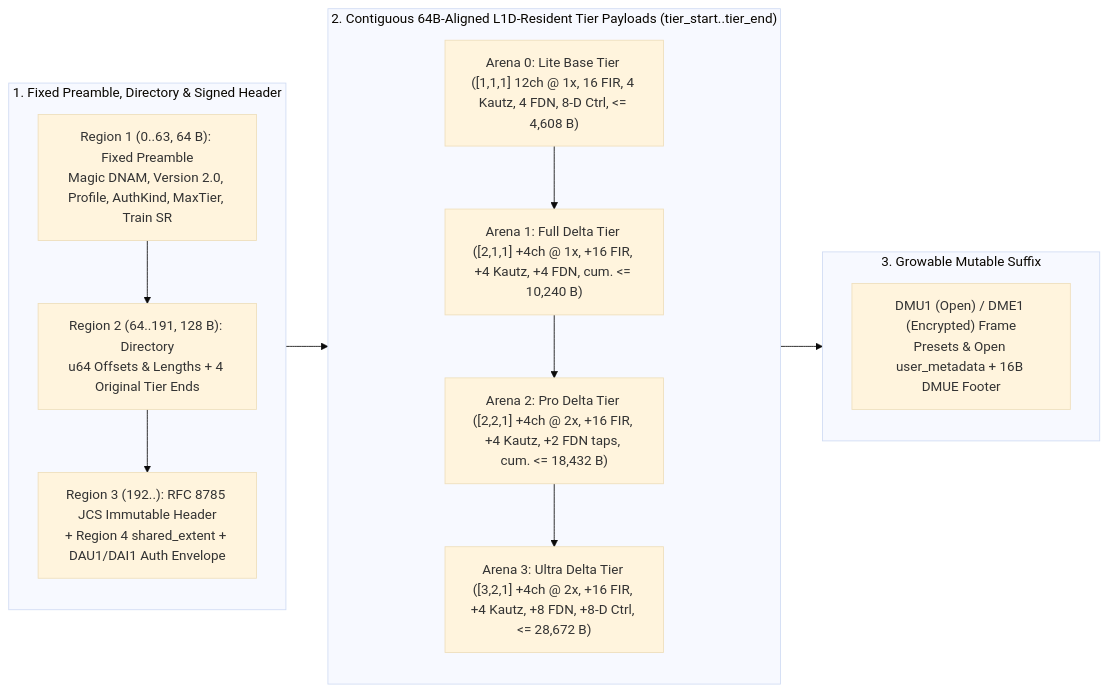
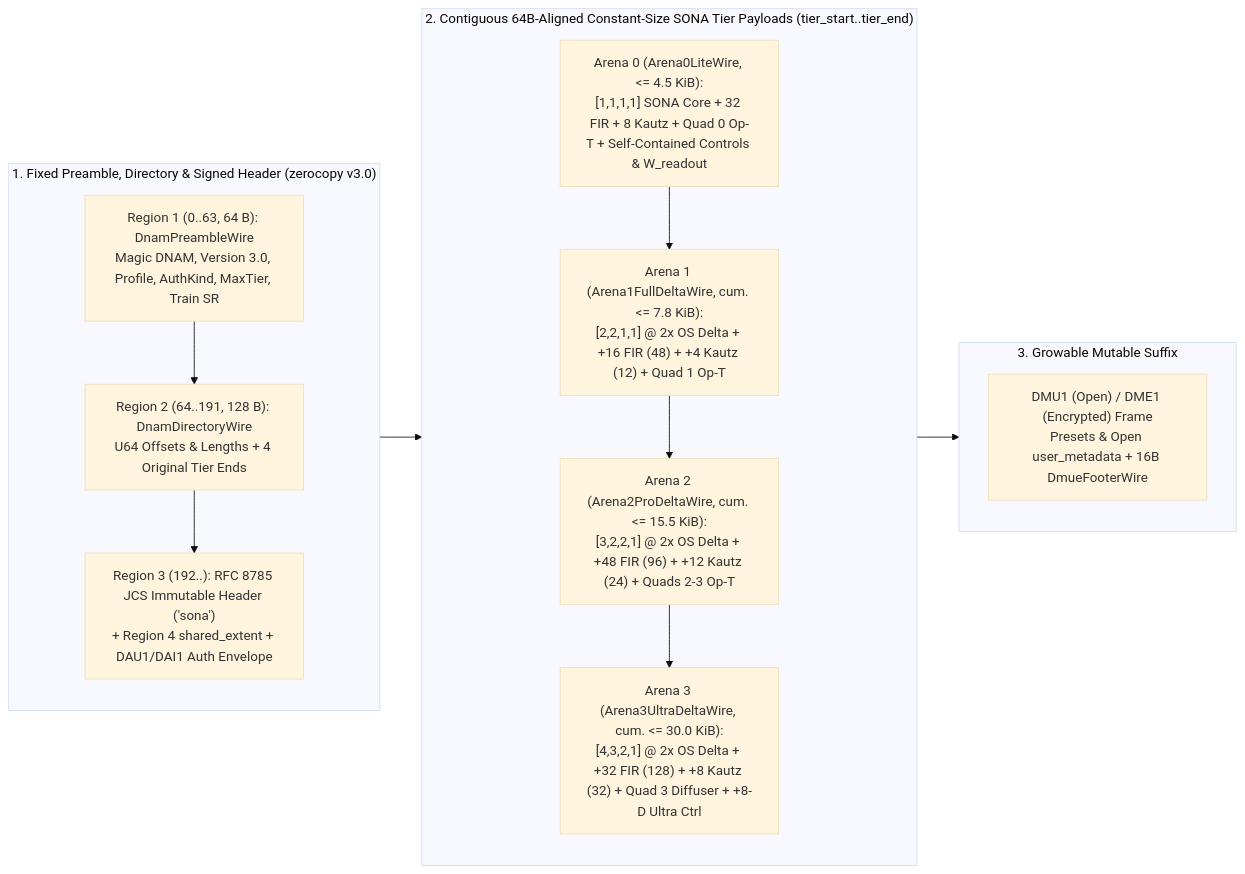
One commit to mokugen/dnam changed the diagram in docs/specs/containers/dnam_binary_format.md. Above: the diagram before and after it, drawn with Mermaid (base theme). The commit also changed other lines of this file and 99 other files, not shown here.

Commit message:
docs(specs): cut over canonical architecture and v3.0 specs to SONA + WebGPU

````diff
--- a/docs/specs/containers/dnam_binary_format.md
+++ b/docs/specs/containers/dnam_binary_format.md
@@ -35,25 +36,25 @@
 ```mermaid
 flowchart LR
-    subgraph Header ["1. Fixed Preamble, Directory & Signed Header"]
+    subgraph Header ["1. Fixed Preamble, Directory & Signed Header (zerocopy v3.0)"]
         direction TB
-        P["Region 1 (0..63, 64 B): Fixed Preamble<br/>Magic DNAM, Version 2.0, Profile, AuthKind, MaxTier, Train SR"]
-        D["Region 2 (64..191, 128 B): Directory<br/>u64 Offsets & Lengths + 4 Original Tier Ends"]
-        H["Region 3 (192..): RFC 8785 JCS Immutable Header<br/>+ Region 4 shared_extent + DAU1/DAI1 Auth Envelope"]
+        P["Region 1 (0..63, 64 B): DnamPreambleWire<br/>Magic DNAM, Version 3.0, Profile, AuthKind, MaxTier, Train SR"]
+        D["Region 2 (64..191, 128 B): DnamDirectoryWire<br/>U64 Offsets & Lengths + 4 Original Tier Ends"]
+        H["Region 3 (192..): RFC 8785 JCS Immutable Header ('sona')<br/>+ Region 4 shared_extent + DAU1/DAI1 Auth Envelope"]
         P --> D --> H
     end
 
-    subgraph Arenas ["2. Contiguous 64B-Aligned L1D-Resident Tier Payloads (tier_start..tier_end)"]
+    subgraph Arenas ["2. Contiguous 64B-Aligned Constant-Size SONA Tier Payloads (tier_start..tier_end)"]
         direction TB
-        A0["Arena 0: Lite Base Tier ([1,1,1] 12ch @ 1x, 16 FIR, 4 Kautz, 4 FDN, 8-D Ctrl, <= 4,608 B)"]
-        A1["Arena 1: Full Delta Tier ([2,1,1] +4ch @ 1x, +16 FIR, +4 Kautz, +4 FDN, cum. <= 10,240 B)"]
-        A2["Arena 2: Pro Delta Tier ([2,2,1] +4ch @ 2x, +16 FIR, +4 Kautz, +2 FDN taps, cum. <= 18,432 B)"]
-        A3["Arena 3: Ultra Delta Tier ([3,2,1] +4ch @ 2x, +16 FIR, +4 Kautz, +8 FDN, +8-D Ctrl, <= 28,672 B)"]
+        A0["Arena 0 (Arena0LiteWire, <= 4.5 KiB):<br/>[1,1,1,1] SONA Core + 32 FIR + 8 Kautz + Quad 0 Op-T + Self-Contained Controls & W_readout"]
+        A1["Arena 1 (Arena1FullDeltaWire, cum. <= 7.8 KiB):<br/>[2,2,1,1] @ 2x OS Delta + +16 FIR (48) + +4 Kautz (12) + Quad 1 Op-T"]
+        A2["Arena 2 (Arena2ProDeltaWire, cum. <= 15.5 KiB):<br/>[3,2,2,1] @ 2x OS Delta + +48 FIR (96) + +12 Kautz (24) + Quads 2-3 Op-T"]
+        A3["Arena 3 (Arena3UltraDeltaWire, cum. <= 30.0 KiB):<br/>[4,3,2,1] @ 2x OS Delta + +32 FIR (128) + +8 Kautz (32) + Quad 3 Diffuser + +8-D Ultra Ctrl"]
         A0 --> A1 --> A2 --> A3
     end
 
     subgraph Suffix ["3. Growable Mutable Suffix"]
-        M["DMU1 (Open) / DME1 (Encrypted) Frame<br/>Presets & Open user_metadata + 16B DMUE Footer"]
+        M["DMU1 (Open) / DME1 (Encrypted) Frame<br/>Presets & Open user_metadata + 16B DmueFooterWire"]
     end
 
     Header --> Arenas --> Suffix
 ```
````
